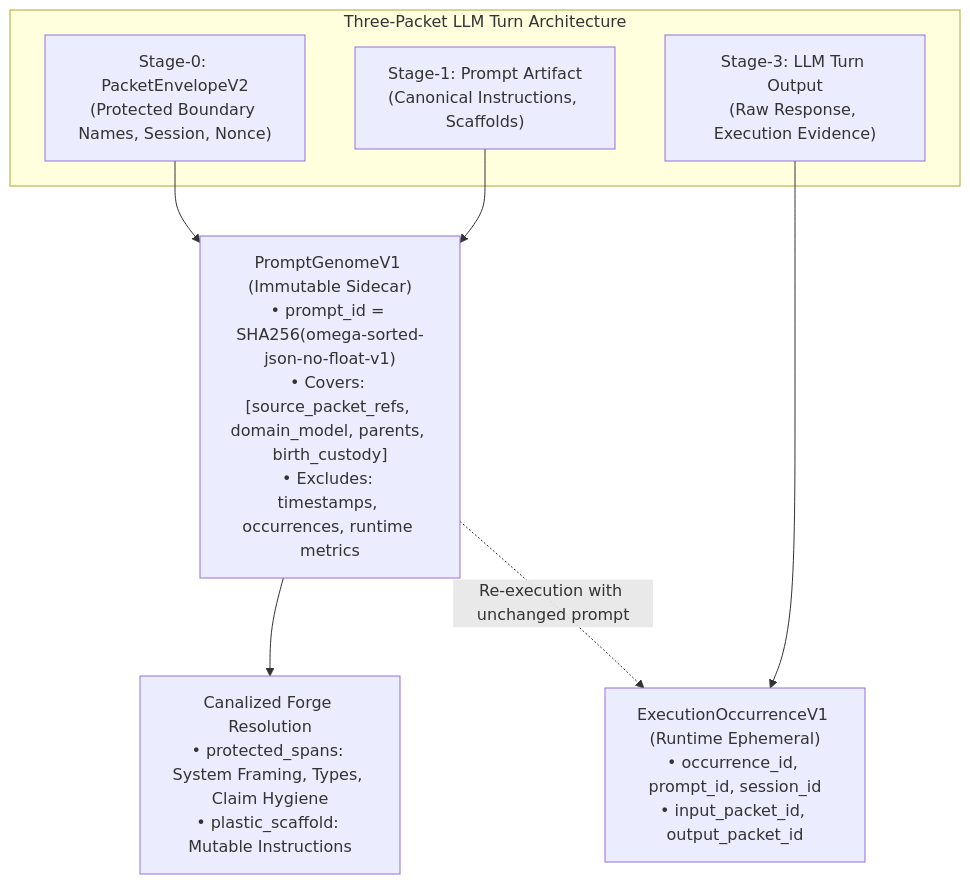
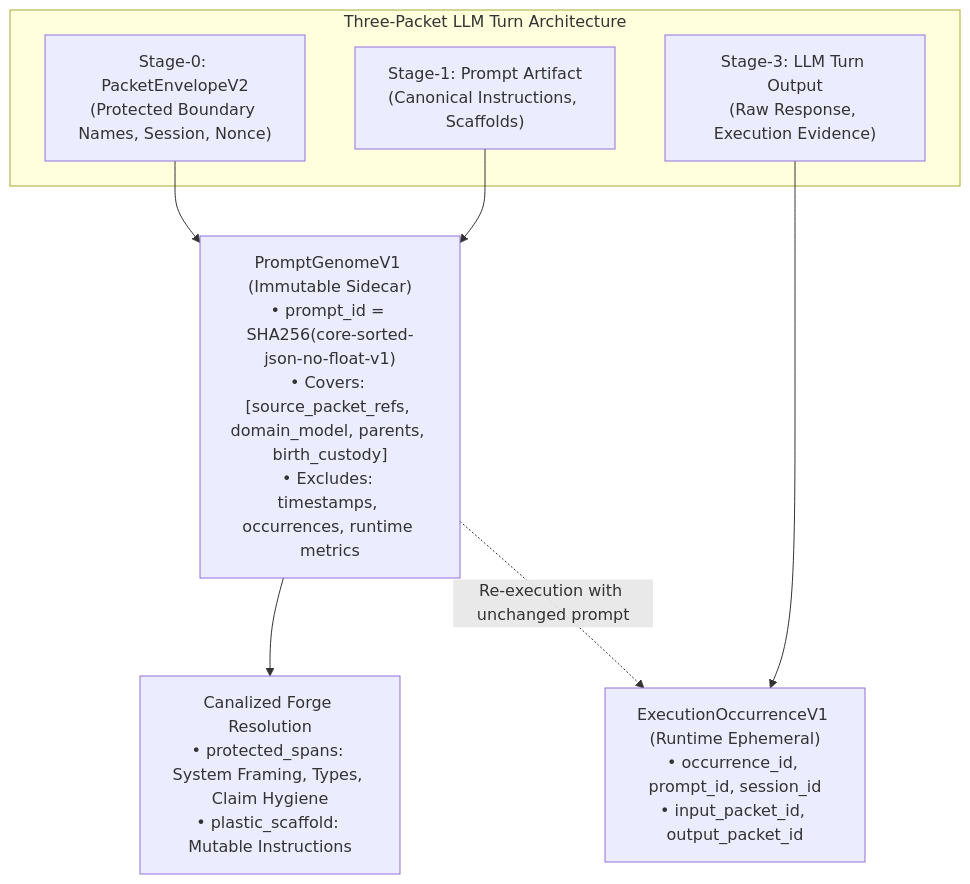
One commit to dbccpage/proposal_fidelity_protocol_pfp changed the diagram in education/010_oepciv/levels/level_00_substrate_and_packaging.md. Above: the diagram before and after it, drawn with Mermaid. The commit also changed other lines of this file and 8328 other files, not shown here.

````diff
--- a/education/010_oepciv/levels/level_00_substrate_and_packaging.md
+++ b/education/010_oepciv/levels/level_00_substrate_and_packaging.md
@@ -34,17 +34,17 @@
 ```mermaid
 graph TD
     subgraph "Three-Packet LLM Turn Architecture"
         S0["Stage-0: PacketEnvelopeV2<br/>(Protected Boundary Names, Session, Nonce)"]
         S1["Stage-1: Prompt Artifact<br/>(Canonical Instructions, Scaffolds)"]
         S3["Stage-3: LLM Turn Output<br/>(Raw Response, Execution Evidence)"]
     end
 
-    S0 --> PG["PromptGenomeV1 (Immutable Sidecar)<br/>• prompt_id = SHA256(omega-sorted-json-no-float-v1)<br/>• Covers: [source_packet_refs, domain_model, parents, birth_custody]<br/>• Excludes: timestamps, occurrences, runtime metrics"]
+    S0 --> PG["PromptGenomeV1 (Immutable Sidecar)<br/>• prompt_id = SHA256(core-sorted-json-no-float-v1)<br/>• Covers: [source_packet_refs, domain_model, parents, birth_custody]<br/>• Excludes: timestamps, occurrences, runtime metrics"]
     S1 --> PG
     
     PG --> CF["Canalized Forge Resolution<br/>• protected_spans: System Framing, Types, Claim Hygiene<br/>• plastic_scaffold: Mutable Instructions"]
     
     S3 --> EO["ExecutionOccurrenceV1 (Runtime Ephemeral)<br/>• occurrence_id, prompt_id, session_id<br/>• input_packet_id, output_packet_id"]
     
     PG -.->|Re-execution with unchanged prompt| EO
 ```
````
